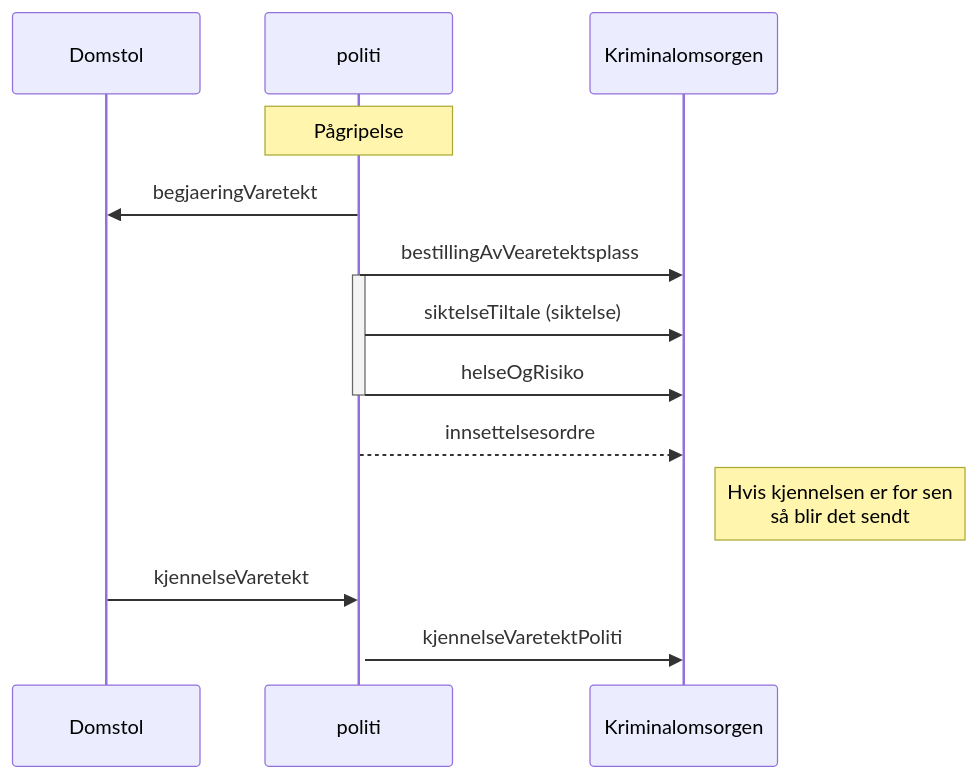
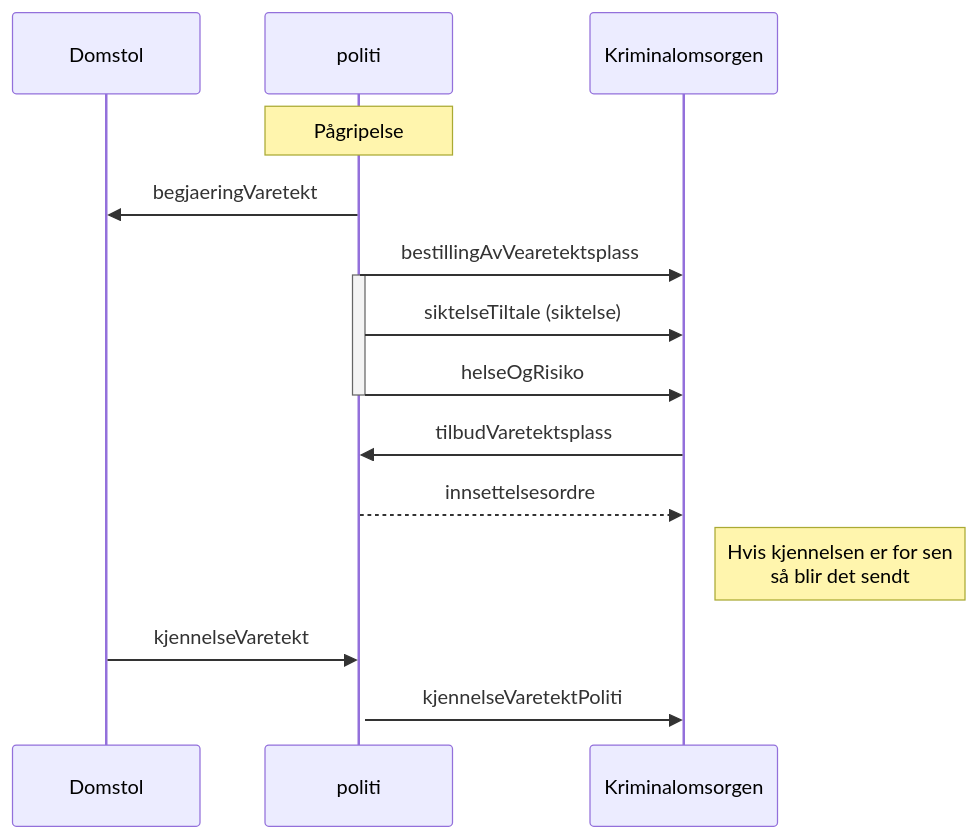
One commit to domstolene/ESAS changed the diagram in kontrakter/varetekt/bestillingVaretektsplass/flyt.md. Above: the diagram before and after it, drawn with Mermaid.

Commit message:
tilbudVaretektsplass glemt i flyt

````diff
--- a/kontrakter/varetekt/bestillingVaretektsplass/flyt.md
+++ b/kontrakter/varetekt/bestillingVaretektsplass/flyt.md
@@ -3,18 +3,19 @@
 ```mermaid
 sequenceDiagram
   participant ds as Domstol
   participant pd as politi
   participant ko as Kriminalomsorgen
   Note over pd: Pågripelse
   pd->>ds:begjaeringVaretekt
   pd->>ko:bestillingAvVearetektsplass
     activate pd
     pd->>ko:siktelseTiltale (siktelse)
     pd->>ko:helseOgRisiko
   deactivate pd
+  ko->>pd:tilbudVaretektsplass
   pd-->>ko:innsettelsesordre
   note right of ko: Hvis kjennelsen er for sen<br/>så blir det sendt
   ds->>pd:kjennelseVaretekt
   activate pd
   pd->>ko:kjennelseVaretektPoliti
 ```
````
